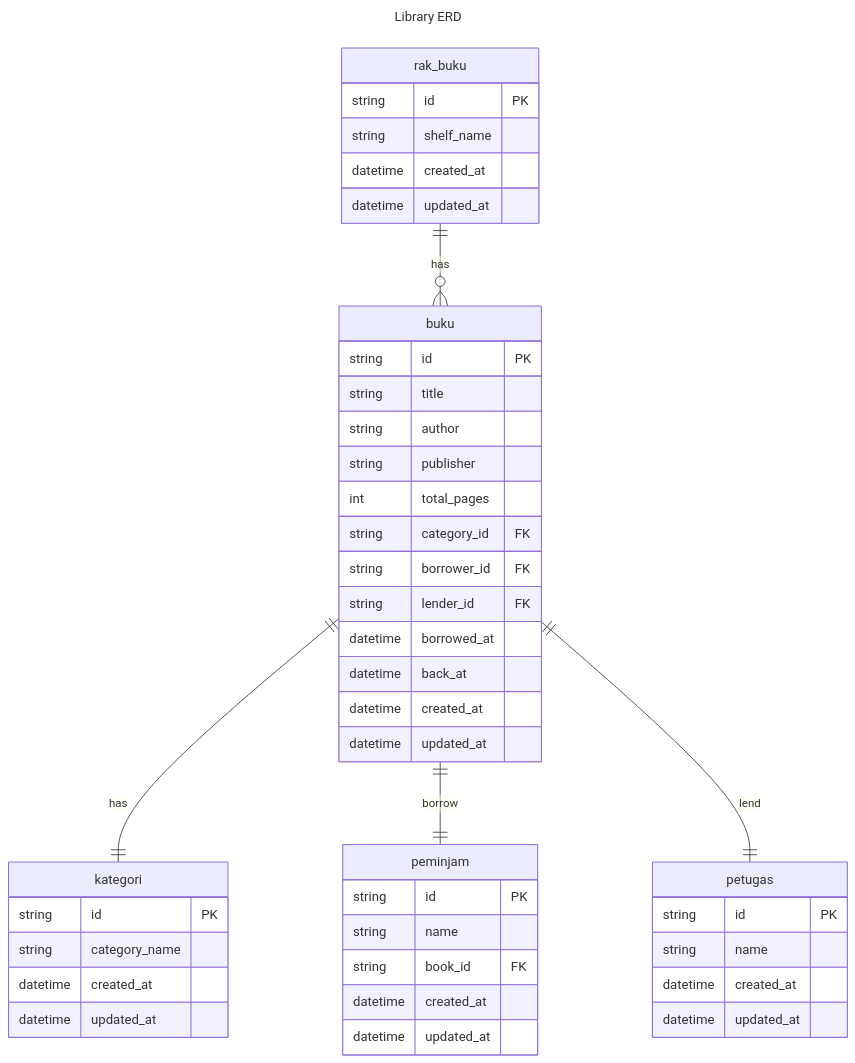
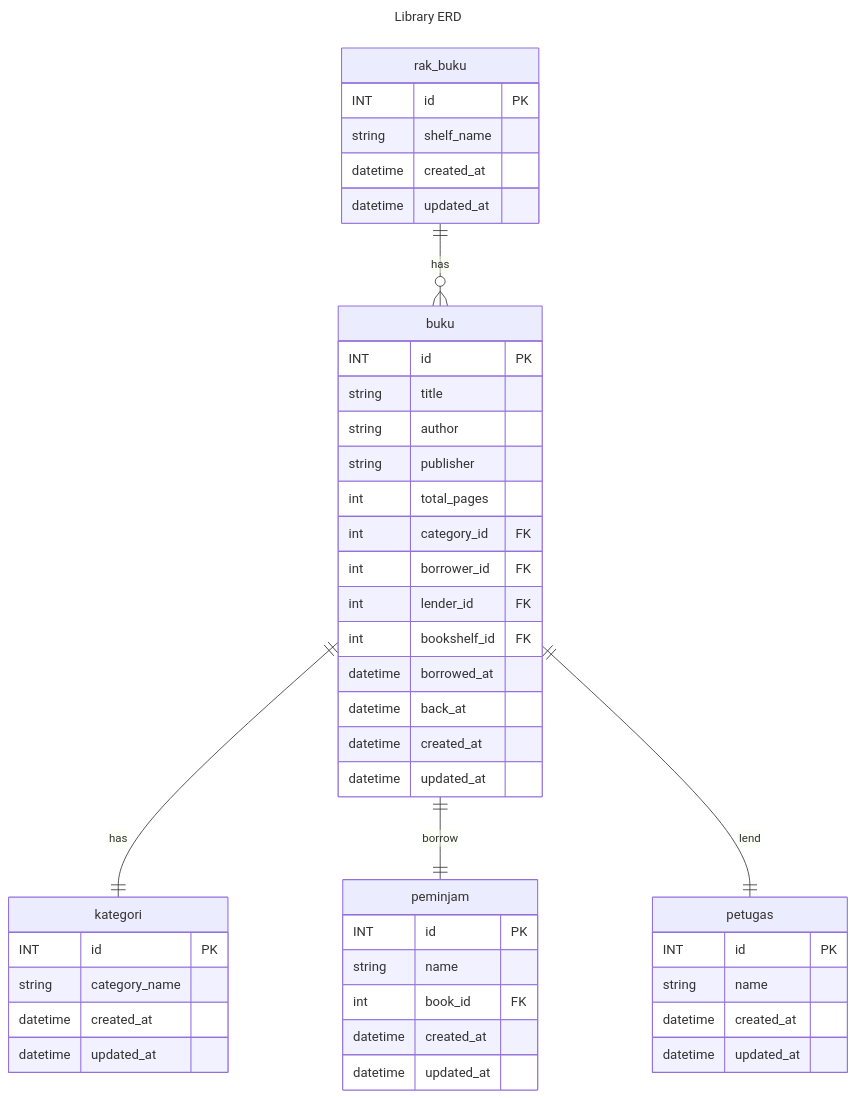
The diagram in readme.md (rezafauzan/koda-b6-db1), drawn with Mermaid before and after one commit.

Commit message:
Feat: Update ERD to match with database

````diff
--- a/readme.md
+++ b/readme.md
@@ -2,55 +2,56 @@
 ```mermaid
 ---
 title: Library ERD
 ---
 erDiagram
 
     buku {
-        string id PK
+        INT id PK
         string title
         string author
         string publisher
         int total_pages
-        string category_id FK
-        string borrower_id FK
-        string lender_id FK
+        int category_id FK
+        int borrower_id FK
+        int lender_id FK
+        int bookshelf_id FK
         datetime borrowed_at
         datetime back_at
         datetime created_at
         datetime updated_at
     }
 
     kategori {
-        string id PK
+        INT id PK
         string category_name
         datetime created_at
         datetime updated_at
     }
 
     rak_buku {
-        string id PK
+        INT id PK
         string shelf_name
         datetime created_at
         datetime updated_at
     }
 
     petugas{
-        string id PK
+        INT id PK
         string name
         datetime created_at
         datetime updated_at
     }
     
     peminjam{
-        string id PK
+        INT id PK
         string name
-        string book_id FK
+        int book_id FK
         datetime created_at
         datetime updated_at
     }
 
     buku ||--|| kategori : has
     rak_buku only one to zero or many buku : has
     buku only one to only one peminjam : borrow
     buku only one to only one petugas : lend
 ```
````
